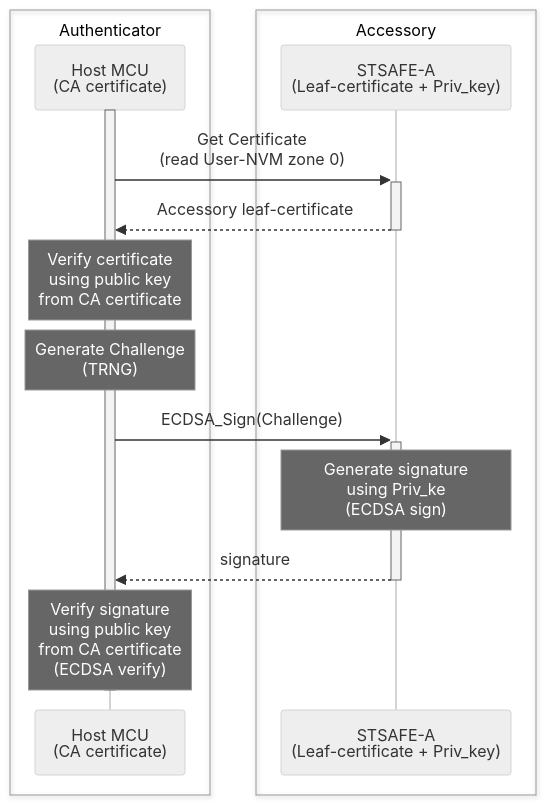
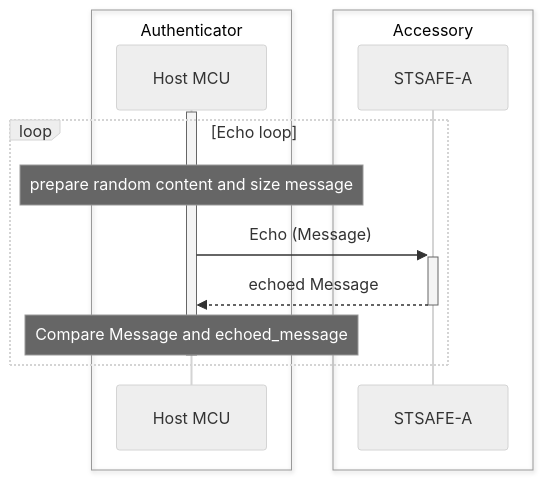
Before and after one commit to STMicroelectronics/STSAFE-A_echo: the first of 2 diagrams in README.md, drawn with Mermaid (neutral theme). The commit also changed other lines of this file, not shown here.

````diff
--- a/README.md
+++ b/README.md
@@ -7,19 +9,17 @@
 ```mermaid
 sequenceDiagram
     box Authenticator
-    participant AUTH as Host MCU <br> (CA certificate)
+    participant HOST as Host MCU
     end
     box Accessory
-    participant STSE as STSAFE-A <br> (Leaf-certificate + Priv_key)
+    participant STSE as STSAFE-A
     end
-    activate AUTH
-    AUTH ->>+ STSE : Get Certificate <br>(read User-NVM zone 0)
-    STSE -->>- AUTH : Accessory leaf-certificate
-    note over AUTH : Verify certificate <br> using public key <br>from CA certificate
-    note over AUTH : Generate Challenge <br> (TRNG)
-    AUTH ->>+ STSE : ECDSA_Sign(Challenge)
-    note over STSE : Generate signature <br> using Priv_ke <br> (ECDSA sign)
-    STSE -->>- AUTH : signature
-    Note over AUTH : Verify signature <br> using public key <br>from CA certificate <br> (ECDSA verify)
-    deactivate AUTH
+    activate HOST
+loop Echo loop
+    note over HOST : prepare random content and size message
+    HOST ->>+ STSE : Echo (Message)
+    STSE -->>- HOST :echoed Message
+    note over HOST : Compare Message and echoed_message
+    deactivate HOST
+end
 ```
````
